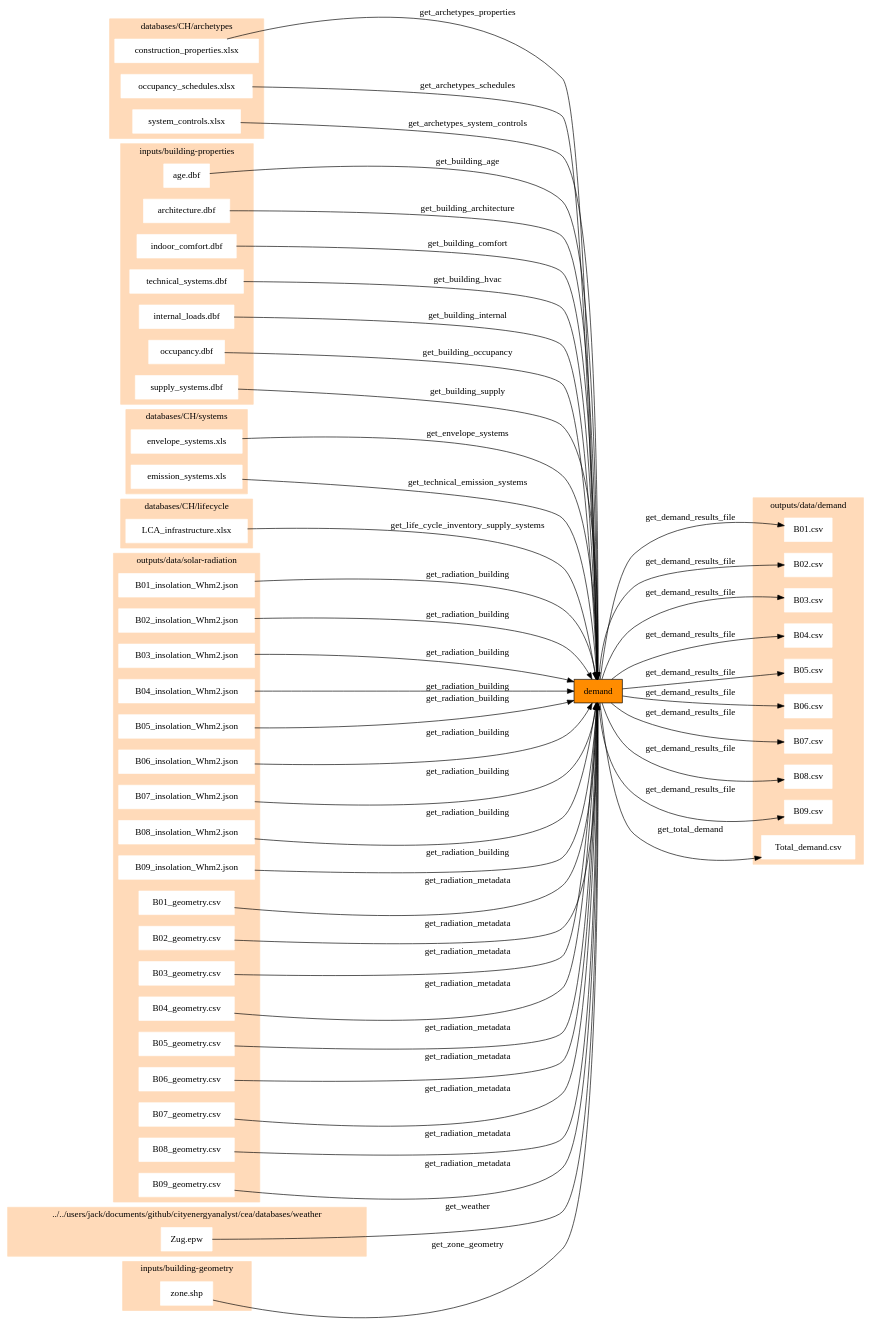
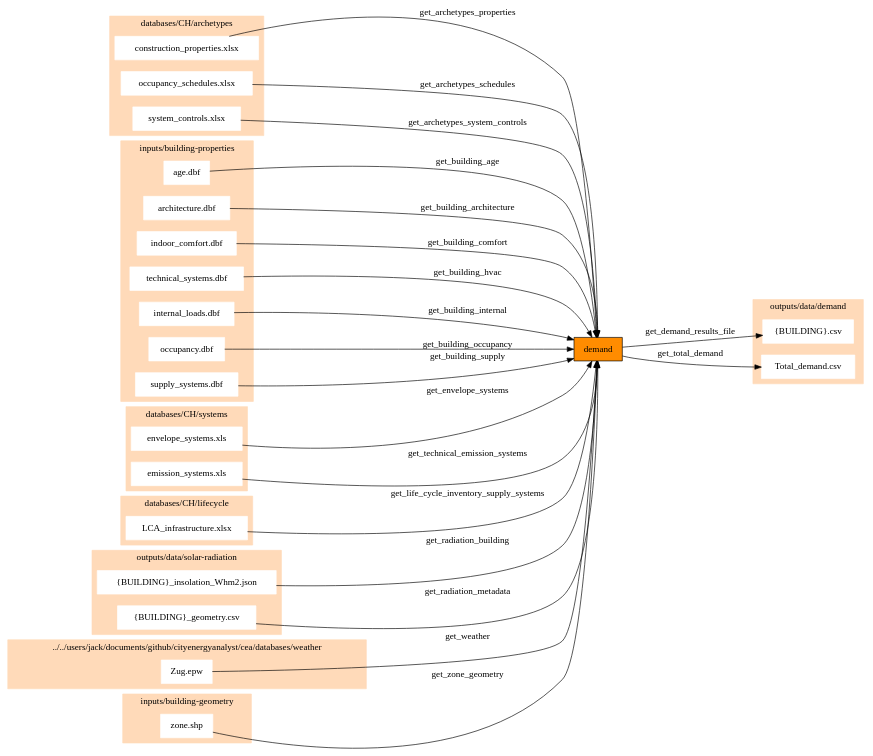
Before and after one commit to architecture-building-systems/CityEnergyAnalyst: the diagram in docs/script_dependencies/demand.gv, drawn with Graphviz. The commit also changed 4 other files, not shown here.

```diff
--- a/docs/script_dependencies/demand.gv
+++ b/docs/script_dependencies/demand.gv
@@ -1,132 +1,84 @@
 digraph trace_inputlocator {
     rankdir="LR";
     node [shape=box];
     graph [overlap = false];
     "demand"[style=filled, fillcolor=darkorange];
     "construction_properties.xlsx" -> "demand"[label="get_archetypes_properties"]
     "occupancy_schedules.xlsx" -> "demand"[label="get_archetypes_schedules"]
     "system_controls.xlsx" -> "demand"[label="get_archetypes_system_controls"]
     "age.dbf" -> "demand"[label="get_building_age"]
     "architecture.dbf" -> "demand"[label="get_building_architecture"]
     "indoor_comfort.dbf" -> "demand"[label="get_building_comfort"]
     "technical_systems.dbf" -> "demand"[label="get_building_hvac"]
     "internal_loads.dbf" -> "demand"[label="get_building_internal"]
     "occupancy.dbf" -> "demand"[label="get_building_occupancy"]
     "supply_systems.dbf" -> "demand"[label="get_building_supply"]
     "envelope_systems.xls" -> "demand"[label="get_envelope_systems"]
     "LCA_infrastructure.xlsx" -> "demand"[label="get_life_cycle_inventory_supply_systems"]
-    "B01_insolation_Whm2.json" -> "demand"[label="get_radiation_building"]
-    "B02_insolation_Whm2.json" -> "demand"[label="get_radiation_building"]
-    "B03_insolation_Whm2.json" -> "demand"[label="get_radiation_building"]
-    "B04_insolation_Whm2.json" -> "demand"[label="get_radiation_building"]
-    "B05_insolation_Whm2.json" -> "demand"[label="get_radiation_building"]
-    "B06_insolation_Whm2.json" -> "demand"[label="get_radiation_building"]
-    "B07_insolation_Whm2.json" -> "demand"[label="get_radiation_building"]
-    "B08_insolation_Whm2.json" -> "demand"[label="get_radiation_building"]
-    "B09_insolation_Whm2.json" -> "demand"[label="get_radiation_building"]
-    "B01_geometry.csv" -> "demand"[label="get_radiation_metadata"]
-    "B02_geometry.csv" -> "demand"[label="get_radiation_metadata"]
-    "B03_geometry.csv" -> "demand"[label="get_radiation_metadata"]
-    "B04_geometry.csv" -> "demand"[label="get_radiation_metadata"]
-    "B05_geometry.csv" -> "demand"[label="get_radiation_metadata"]
-    "B06_geometry.csv" -> "demand"[label="get_radiation_metadata"]
-    "B07_geometry.csv" -> "demand"[label="get_radiation_metadata"]
-    "B08_geometry.csv" -> "demand"[label="get_radiation_metadata"]
-    "B09_geometry.csv" -> "demand"[label="get_radiation_metadata"]
+    "{BUILDING}_insolation_Whm2.json" -> "demand"[label="get_radiation_building"]
+    "{BUILDING}_geometry.csv" -> "demand"[label="get_radiation_metadata"]
     "emission_systems.xls" -> "demand"[label="get_technical_emission_systems"]
     "Zug.epw" -> "demand"[label="get_weather"]
     "zone.shp" -> "demand"[label="get_zone_geometry"]
-    "demand" -> "B01.csv"[label="get_demand_results_file"]
-    "demand" -> "B02.csv"[label="get_demand_results_file"]
-    "demand" -> "B03.csv"[label="get_demand_results_file"]
-    "demand" -> "B04.csv"[label="get_demand_results_file"]
-    "demand" -> "B05.csv"[label="get_demand_results_file"]
-    "demand" -> "B06.csv"[label="get_demand_results_file"]
-    "demand" -> "B07.csv"[label="get_demand_results_file"]
-    "demand" -> "B08.csv"[label="get_demand_results_file"]
-    "demand" -> "B09.csv"[label="get_demand_results_file"]
+    "demand" -> "{BUILDING}.csv"[label="get_demand_results_file"]
     "demand" -> "Total_demand.csv"[label="get_total_demand"]
     subgraph cluster_0 {
         style = filled;
         color = peachpuff;
         label="../../users/jack/documents/github/cityenergyanalyst/cea/databases/weather";
     "Zug.epw"[style=filled, color=white]
     }
     subgraph cluster_1 {
         style = filled;
         color = peachpuff;
         label="databases/CH/archetypes";
     "construction_properties.xlsx"[style=filled, color=white]
     "occupancy_schedules.xlsx"[style=filled, color=white]
     "system_controls.xlsx"[style=filled, color=white]
     }
     subgraph cluster_2 {
         style = filled;
         color = peachpuff;
         label="databases/CH/lifecycle";
     "LCA_infrastructure.xlsx"[style=filled, color=white]
     }
     subgraph cluster_3 {
         style = filled;
         color = peachpuff;
         label="databases/CH/systems";
     "envelope_systems.xls"[style=filled, color=white]
     "emission_systems.xls"[style=filled, color=white]
     }
     subgraph cluster_4 {
         style = filled;
         color = peachpuff;
         label="inputs/building-geometry";
     "zone.shp"[style=filled, color=white]
     }
     subgraph cluster_5 {
         style = filled;
         color = peachpuff;
         label="inputs/building-properties";
     "age.dbf"[style=filled, color=white]
     "architecture.dbf"[style=filled, color=white]
     "indoor_comfort.dbf"[style=filled, color=white]
     "technical_systems.dbf"[style=filled, color=white]
     "internal_loads.dbf"[style=filled, color=white]
     "occupancy.dbf"[style=filled, color=white]
     "supply_systems.dbf"[style=filled, color=white]
     }
     subgraph cluster_6 {
         style = filled;
         color = peachpuff;
         label="outputs/data/demand";
-    "B01.csv"[style=filled, color=white]
-    "B02.csv"[style=filled, color=white]
-    "B03.csv"[style=filled, color=white]
-    "B04.csv"[style=filled, color=white]
-    "B05.csv"[style=filled, color=white]
-    "B06.csv"[style=filled, color=white]
-    "B07.csv"[style=filled, color=white]
-    "B08.csv"[style=filled, color=white]
-    "B09.csv"[style=filled, color=white]
+    "{BUILDING}.csv"[style=filled, color=white]
     "Total_demand.csv"[style=filled, color=white]
     }
     subgraph cluster_7 {
         style = filled;
         color = peachpuff;
         label="outputs/data/solar-radiation";
-    "B01_insolation_Whm2.json"[style=filled, color=white]
-    "B02_insolation_Whm2.json"[style=filled, color=white]
-    "B03_insolation_Whm2.json"[style=filled, color=white]
-    "B04_insolation_Whm2.json"[style=filled, color=white]
-    "B05_insolation_Whm2.json"[style=filled, color=white]
-    "B06_insolation_Whm2.json"[style=filled, color=white]
-    "B07_insolation_Whm2.json"[style=filled, color=white]
-    "B08_insolation_Whm2.json"[style=filled, color=white]
-    "B09_insolation_Whm2.json"[style=filled, color=white]
-    "B01_geometry.csv"[style=filled, color=white]
-    "B02_geometry.csv"[style=filled, color=white]
-    "B03_geometry.csv"[style=filled, color=white]
-    "B04_geometry.csv"[style=filled, color=white]
-    "B05_geometry.csv"[style=filled, color=white]
-    "B06_geometry.csv"[style=filled, color=white]
-    "B07_geometry.csv"[style=filled, color=white]
-    "B08_geometry.csv"[style=filled, color=white]
-    "B09_geometry.csv"[style=filled, color=white]
+    "{BUILDING}_insolation_Whm2.json"[style=filled, color=white]
+    "{BUILDING}_geometry.csv"[style=filled, color=white]
     }
 }
```
